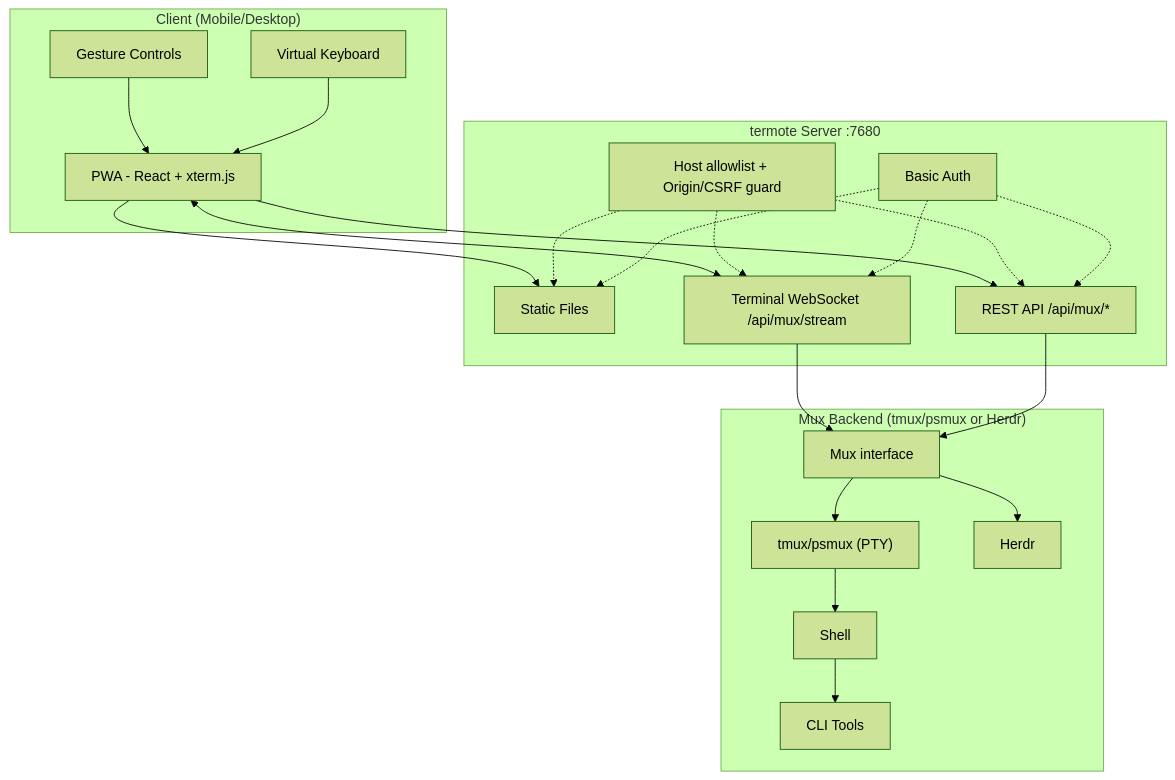
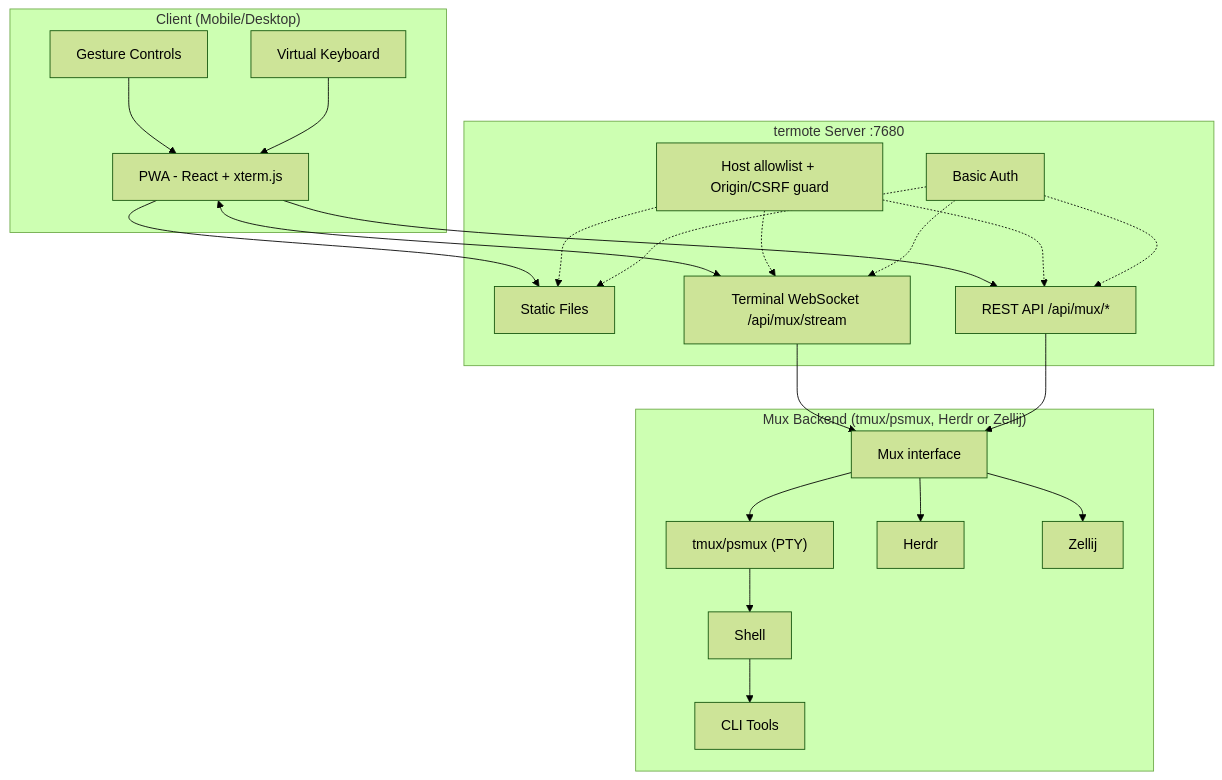
The first of 2 diagrams in README.md (lamngockhuong/termote), drawn with Mermaid (forest theme) before and after one commit. The commit also changed other lines of this file and 65 other files, not shown here.

First line of the commit message:
feat: add a Zellij backend (--mux zellij) (#472)

````diff
--- a/README.md
+++ b/README.md
@@ -83,36 +84,37 @@
 ```mermaid
 flowchart TB
     subgraph Client["Client (Mobile/Desktop)"]
         PWA["PWA - React + xterm.js"]
         Gestures["Gesture Controls"]
         Keyboard["Virtual Keyboard"]
     end
 
     subgraph Server["termote Server :7680"]
         Static["Static Files"]
         Stream["Terminal WebSocket /api/mux/stream"]
         API["REST API /api/mux/*"]
         Guard["Host allowlist + Origin/CSRF guard"]
         Auth["Basic Auth"]
     end
 
-    subgraph Backend["Mux Backend (tmux/psmux or Herdr)"]
+    subgraph Backend["Mux Backend (tmux/psmux, Herdr or Zellij)"]
         Mux["Mux interface"]
         tmux["tmux/psmux (PTY)"]
         herdr["Herdr"]
+        zellij["Zellij"]
         Shell["Shell"]
         Tools["CLI Tools"]
     end
 
     Gestures --> PWA
     Keyboard --> PWA
     PWA --> Static
     PWA <--> Stream
     PWA --> API
     Guard -.-> Static & Stream & API
     Auth -.-> Static & Stream & API
     Stream --> Mux
     API --> Mux
-    Mux --> tmux & herdr
+    Mux --> tmux & herdr & zellij
     tmux --> Shell --> Tools
 ```
````
